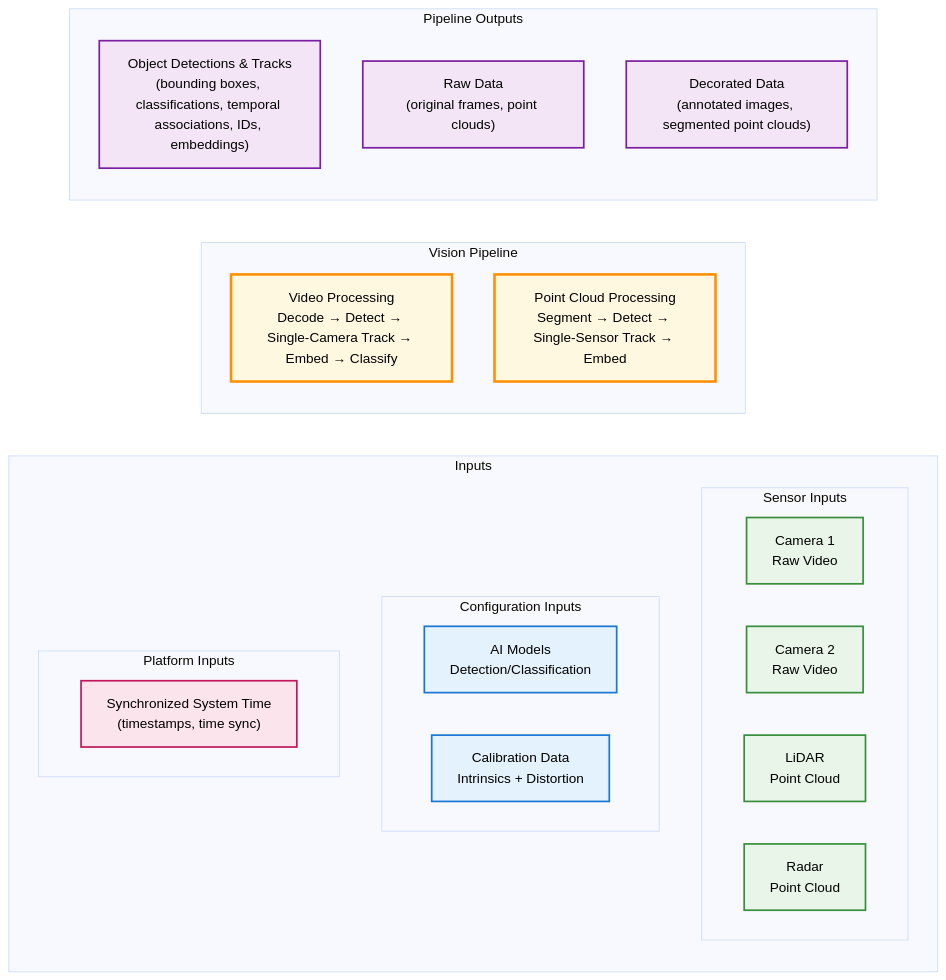
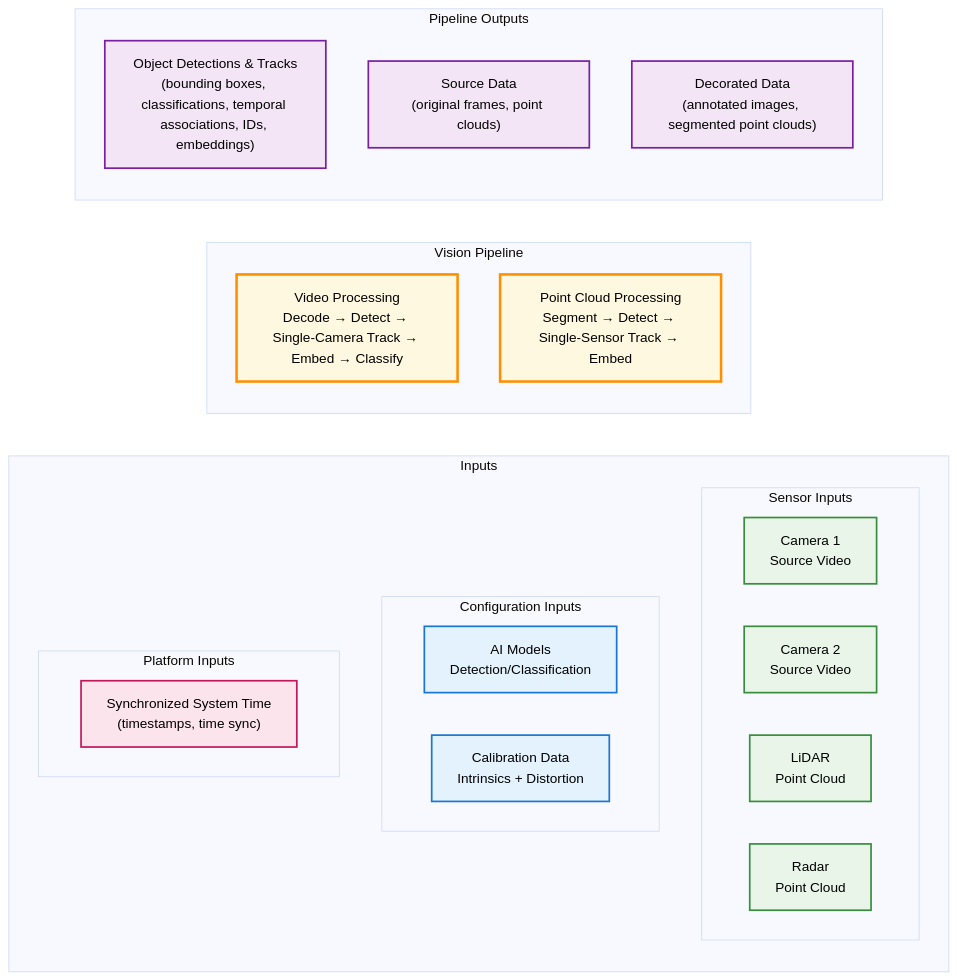
One commit to open-edge-platform/scenescape changed the first of 10 diagrams in docs/design/vision-pipeline-overview.md. Above: the diagram before and after it, drawn with Mermaid (base theme). The commit also changed other lines of this file, not shown here.

````diff
--- a/docs/design/vision-pipeline-overview.md
+++ b/docs/design/vision-pipeline-overview.md
@@ -84,44 +84,44 @@
 ```mermaid
 flowchart LR
     subgraph Inputs["Inputs"]
         subgraph SensorInputs["Sensor Inputs"]
-            CAM1["Camera 1<br/>Raw Video"]
-            CAM2["Camera 2<br/>Raw Video"] 
+            CAM1["Camera 1<br/>Source Video"]
+            CAM2["Camera 2<br/>Source Video"] 
             LIDAR["LiDAR<br/>Point Cloud"]
             RADAR["Radar<br/>Point Cloud"]
         end
         
         subgraph ConfigInputs["Configuration Inputs"]
             MODELS["AI Models<br/>Detection/Classification"]
             CALIB["Calibration Data<br/>Intrinsics + Distortion"]
         end
         
         subgraph PlatformInputs["Platform Inputs"]
             TIME["Synchronized System Time<br/>(timestamps, time sync)"]
         end
     end
     
     subgraph Pipeline["Vision Pipeline"]
         VIDEO["Video Processing<br/>Decode → Detect → Single-Camera Track → Embed → Classify"]
         POINTCLOUD["Point Cloud Processing<br/>Segment → Detect → Single-Sensor Track → Embed"]
     end
     
     subgraph Outputs["Pipeline Outputs"]
         DETECTIONS["Object Detections & Tracks<br/>(bounding boxes, classifications, temporal associations, IDs, embeddings)"]
-        RAWDATA["Raw Data<br/>(original frames, point clouds)"]
+        RAWDATA["Source Data<br/>(original frames, point clouds)"]
         DECORATED["Decorated Data<br/>(annotated images, segmented point clouds)"]
     end
     
     %% Styling
     classDef pipeline fill:#fff8e1,stroke:#ff8f00,stroke-width:3px,color:#000000
     classDef sensors fill:#e8f5e8,stroke:#388e3c,stroke-width:2px,color:#000000
     classDef config fill:#e3f2fd,stroke:#1976d2,stroke-width:2px,color:#000000
     classDef platform fill:#fce4ec,stroke:#c2185b,stroke-width:2px,color:#000000
     classDef outputs fill:#f3e5f5,stroke:#7b1fa2,stroke-width:2px,color:#000000
     
     class VIDEO,POINTCLOUD pipeline
     class CAM1,CAM2,LIDAR,RADAR sensors
     class MODELS,CALIB config
     class TIME platform
     class DETECTIONS,RAWDATA,DECORATED outputs
 ```
````
